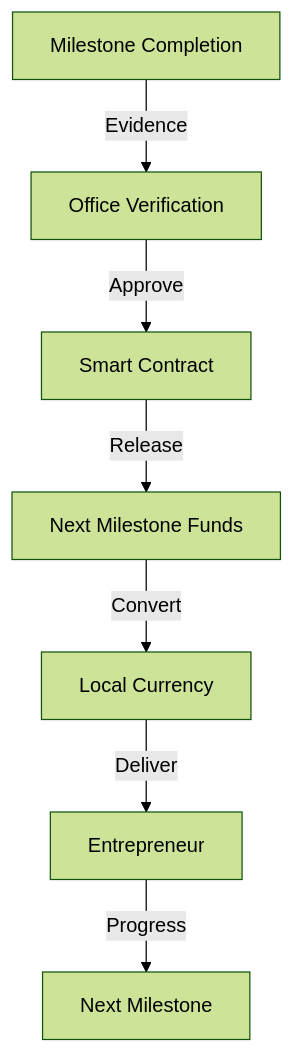
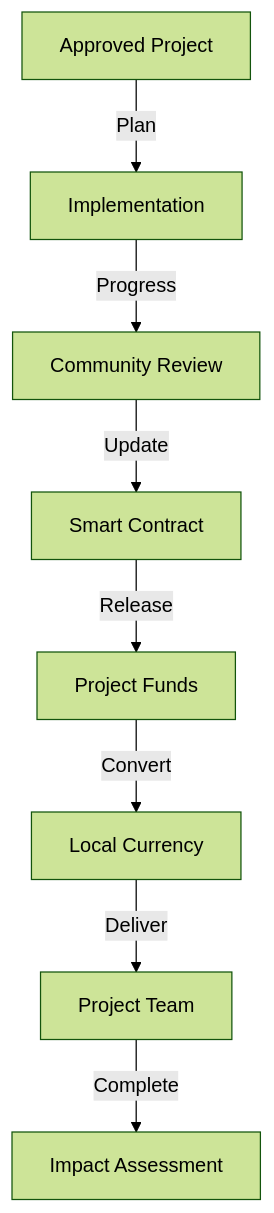
Before and after one commit to tapilew/equilibrio-alpha: the seventh of 7 diagrams in README.md, drawn with Mermaid (forest theme). The commit also changed other lines of this file, not shown here.

````diff
--- a/README.md
+++ b/README.md
@@ -311,9 +408,10 @@
    ```mermaid
    graph TD
-       A[Milestone Completion] -->|Evidence| B[Office Verification]
-       B -->|Approve| C[Smart Contract]
-       C -->|Release| D[Next Milestone Funds]
-       D -->|Convert| E[Local Currency]
-       E -->|Deliver| F[Entrepreneur]
-       F -->|Progress| G[Next Milestone]
+       A[Approved Project] -->|Plan| B[Implementation]
+       B -->|Progress| C[Community Review]
+       C -->|Update| D[Smart Contract]
+       D -->|Release| E[Project Funds]
+       E -->|Convert| F[Local Currency]
+       F -->|Deliver| G[Project Team]
+       G -->|Complete| H[Impact Assessment]
    ```
````
